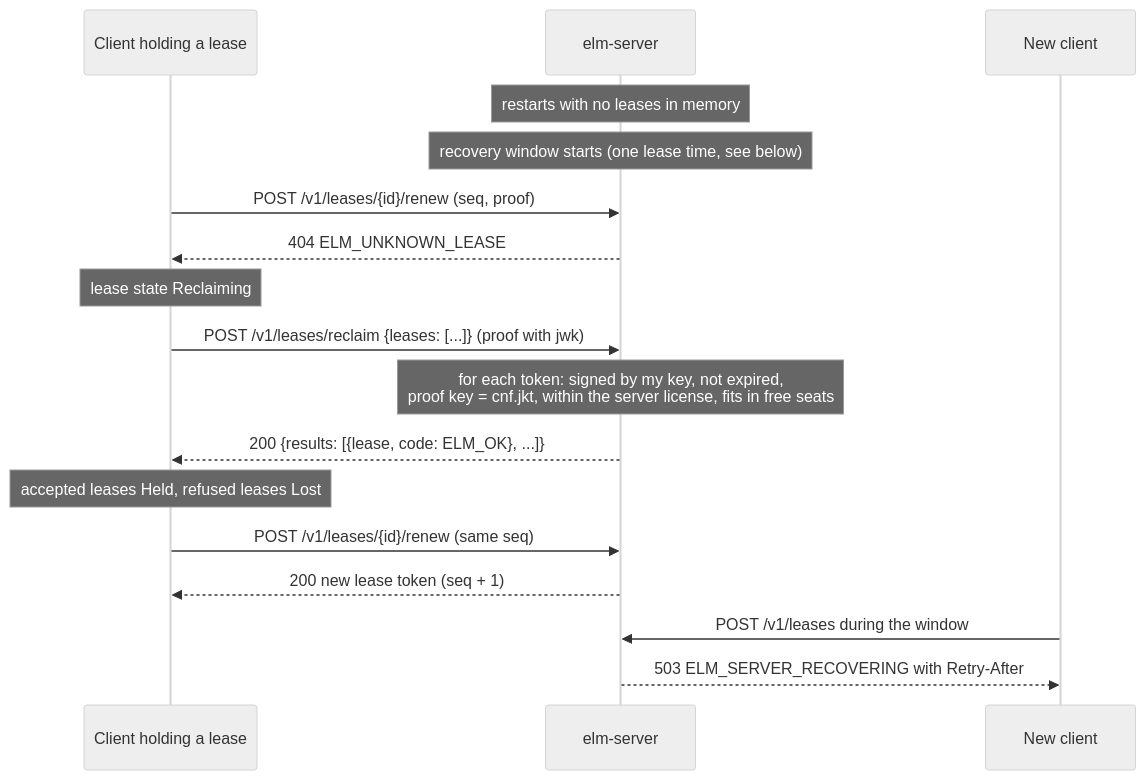
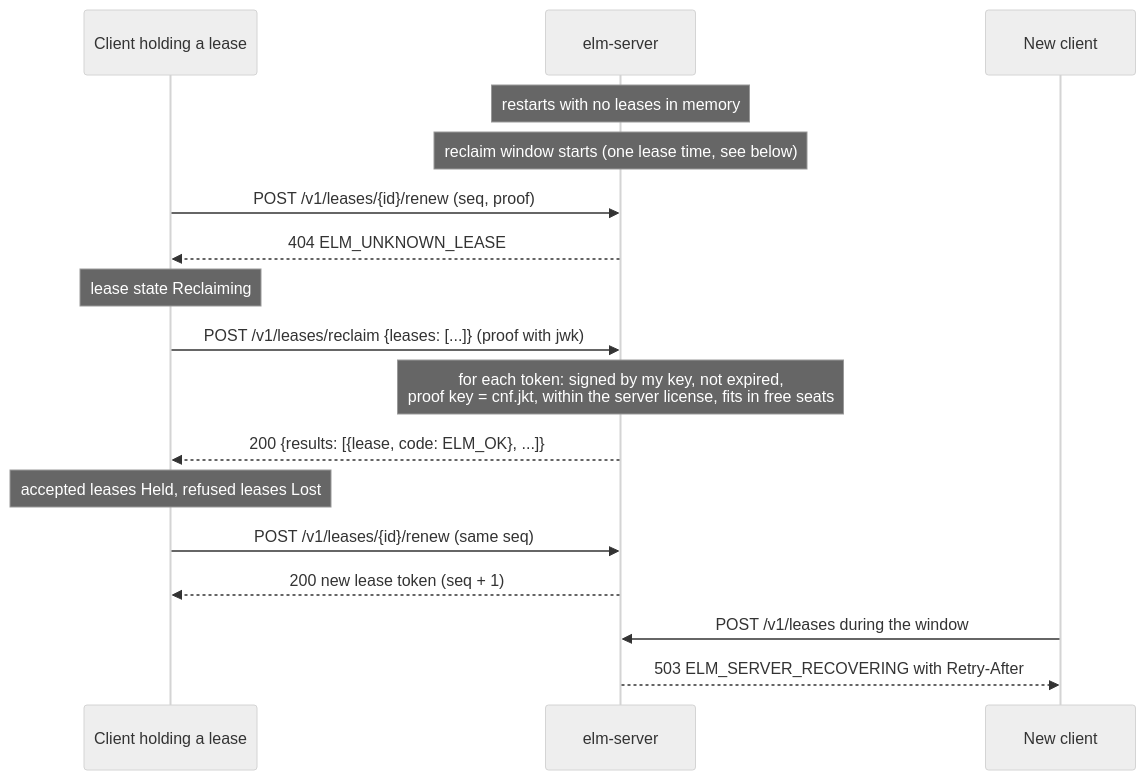
The second of 2 diagrams in docs/guide/explanation/floating-licenses.md (YUKIKEDA/ElasticLM), drawn with Mermaid (neutral theme) before and after one commit. The commit also changed other lines of this file and 10 other files, not shown here.

First line of the commit message:
docs(guide): apply the second read of the reclaim window and the proof answers

````diff
--- a/docs/guide/explanation/floating-licenses.md
+++ b/docs/guide/explanation/floating-licenses.md
@@ -163,19 +163,19 @@
 ```mermaid
 sequenceDiagram
     participant C as Client holding a lease
     participant S as elm-server
     participant N as New client
     Note over S: restarts with no leases in memory
-    Note over S: recovery window starts (one lease time, see below)
+    Note over S: reclaim window starts (one lease time, see below)
     C->>S: POST /v1/leases/{id}/renew (seq, proof)
     S-->>C: 404 ELM_UNKNOWN_LEASE
     Note over C: lease state Reclaiming
     C->>S: POST /v1/leases/reclaim {leases: [...]} (proof with jwk)
     Note over S: for each token: signed by my key, not expired,<br/>proof key = cnf.jkt, within the server license, fits in free seats
     S-->>C: 200 {results: [{lease, code: ELM_OK}, ...]}
     Note over C: accepted leases Held, refused leases Lost
     C->>S: POST /v1/leases/{id}/renew (same seq)
     S-->>C: 200 new lease token (seq + 1)
     N->>S: POST /v1/leases during the window
     S-->>N: 503 ELM_SERVER_RECOVERING with Retry-After
 ```
````
